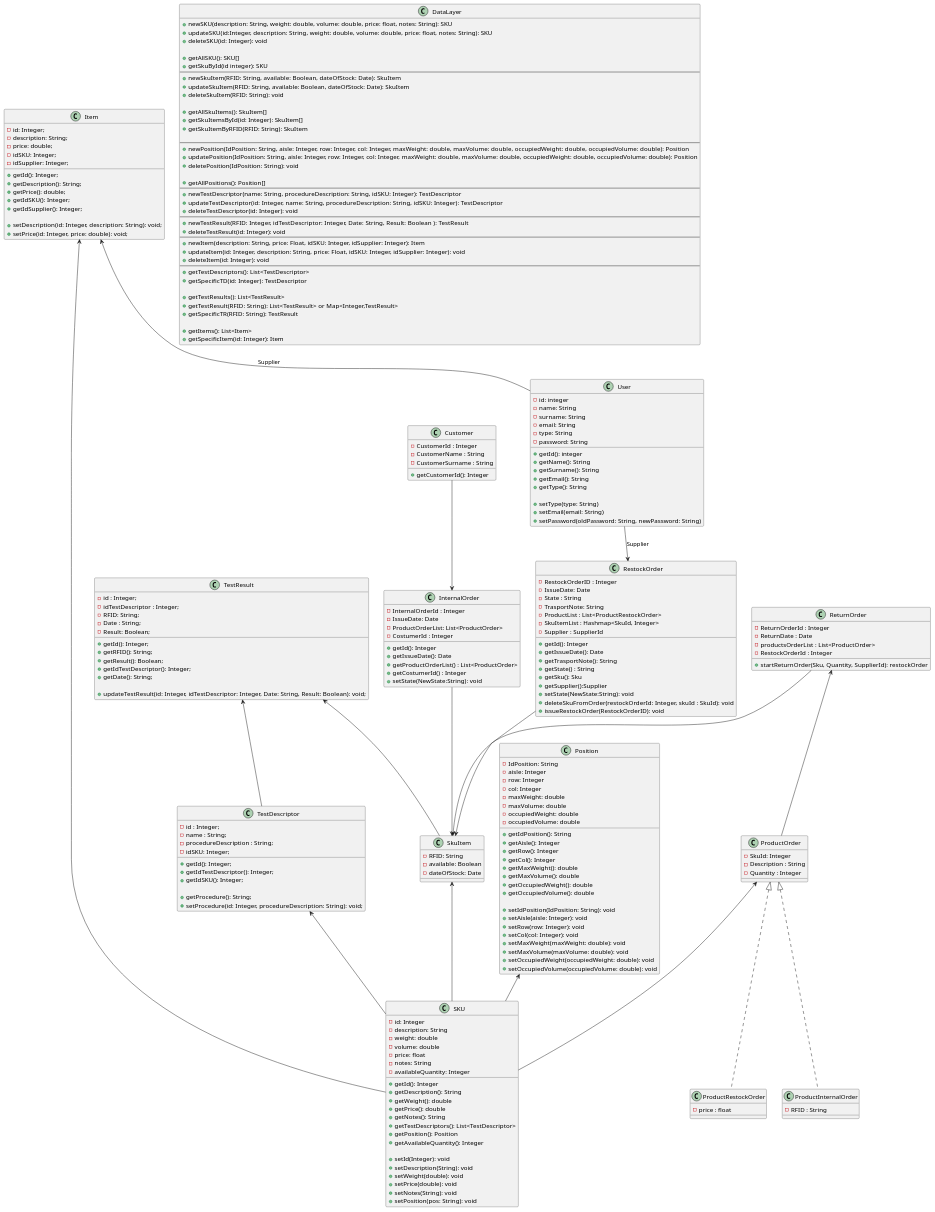
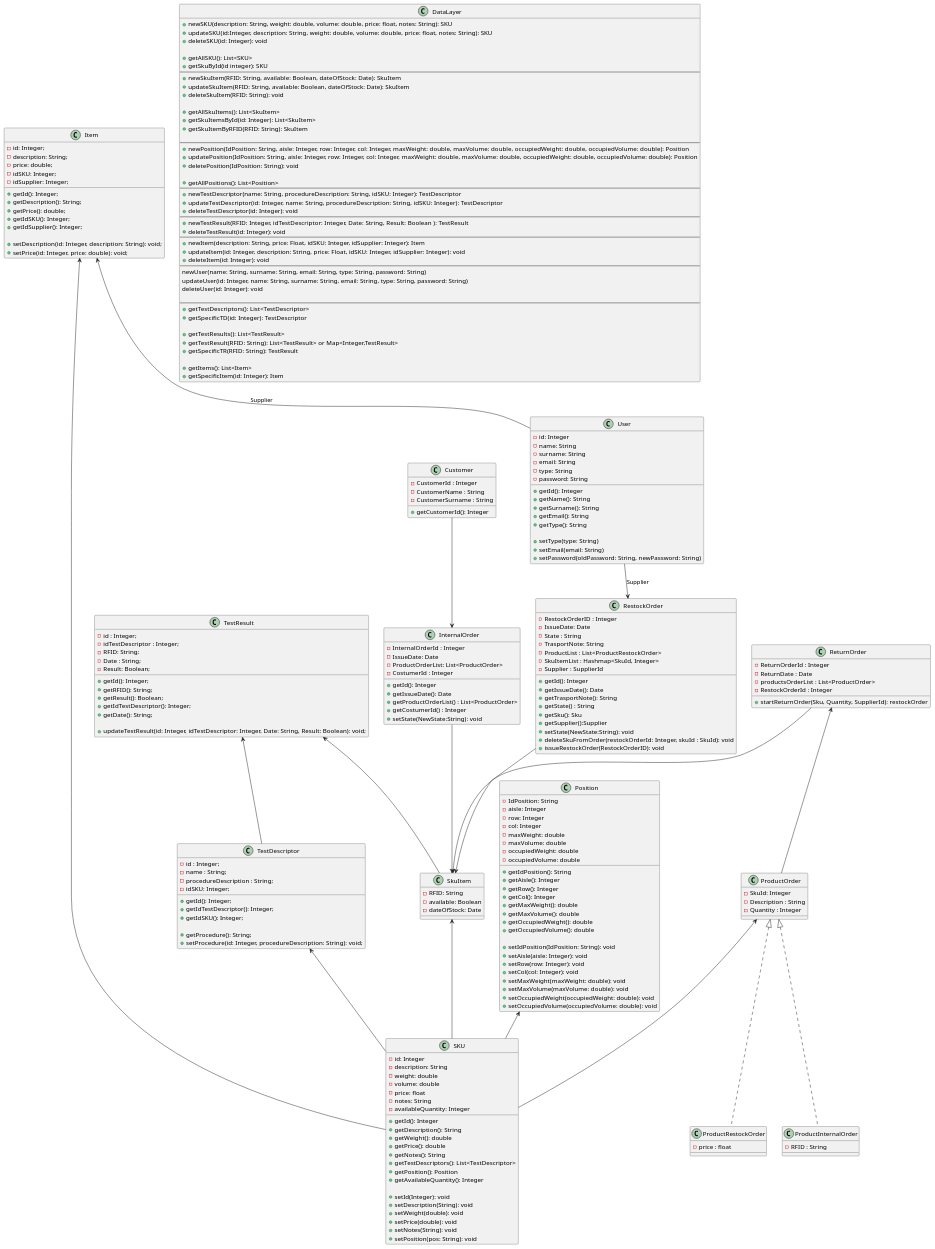
The diagram in LowLevelDesign.md (LucaFilippetti99/EzWh---Software-engineering-project), drawn with PlantUML before and after one commit.

```diff
--- a/LowLevelDesign.md
+++ b/LowLevelDesign.md
@@ -65,14 +65,14 @@
 
 class User
 {
-    -id: integer
+    -id: Integer
     -name: String
     -surname: String
     -email: String
     -type: String
     -password: String
   
-    +getId(): integer
+    +getId(): Integer
     +getName(): String
     +getSurname(): String
     +getEmail(): String
@@ -197,15 +197,15 @@
     +updateSKU(id:Integer, description: String, weight: double, volume: double, price: float, notes: String): SKU
     +deleteSKU(id: Integer): void
 
-    +getAllSKU(): SKU[]
+    +getAllSKU(): List<SKU>
     +getSkuById(id integer): SKU
     --
     +newSkuItem(RFID: String, available: Boolean, dateOfStock: Date): SkuItem
     +updateSkuItem(RFID: String, available: Boolean, dateOfStock: Date): SkuItem
     +deleteSkuItem(RFID: String): void
 
-    +getAllSkuItems(): SkuItem[]
-    +getSkuItemsById(id: Integer): SkuItem[]
+    +getAllSkuItems(): List<SkuItem>
+    +getSkuItemsById(id: Integer): List<SkuItem>
     +getSkuItemByRFID(RFID: String): SkuItem
 
     --
@@ -213,7 +213,7 @@
     +updatePosition(IdPosition: String, aisle: Integer, row: Integer, col: Integer, maxWeight: double, maxVolume: double, occupiedWeight: double, occupiedVolume: double): Position
     +deletePosition(IdPosition: String): void
 
-    +getAllPositions(): Position[]
+    +getAllPositions(): List<Position>
     --
     +newTestDescriptor(name: String, procedureDescription: String, idSKU: Integer): TestDescriptor
     +updateTestDescriptor(id: Integer, name: String, procedureDescription: String, idSKU: Integer): TestDescriptor
@@ -225,6 +225,11 @@
     +newItem(description: String, price: Float, idSKU: Integer, idSupplier: Integer): Item
     +updateItem(id: Integer, description: String, price: Float, idSKU: Integer, idSupplier: Integer): void
     +deleteItem(id: Integer): void
+    --
+    newUser(name: String, surname: String, email: String, type: String, password: String)
+    updateUser(id: Integer, name: String, surname: String, email: String, type: String, password: String)
+    deleteUser(id: Integer): void
+
     --
     +getTestDescriptors(): List<TestDescriptor>
     +getSpecificTD(id: Integer): TestDescriptor
```
